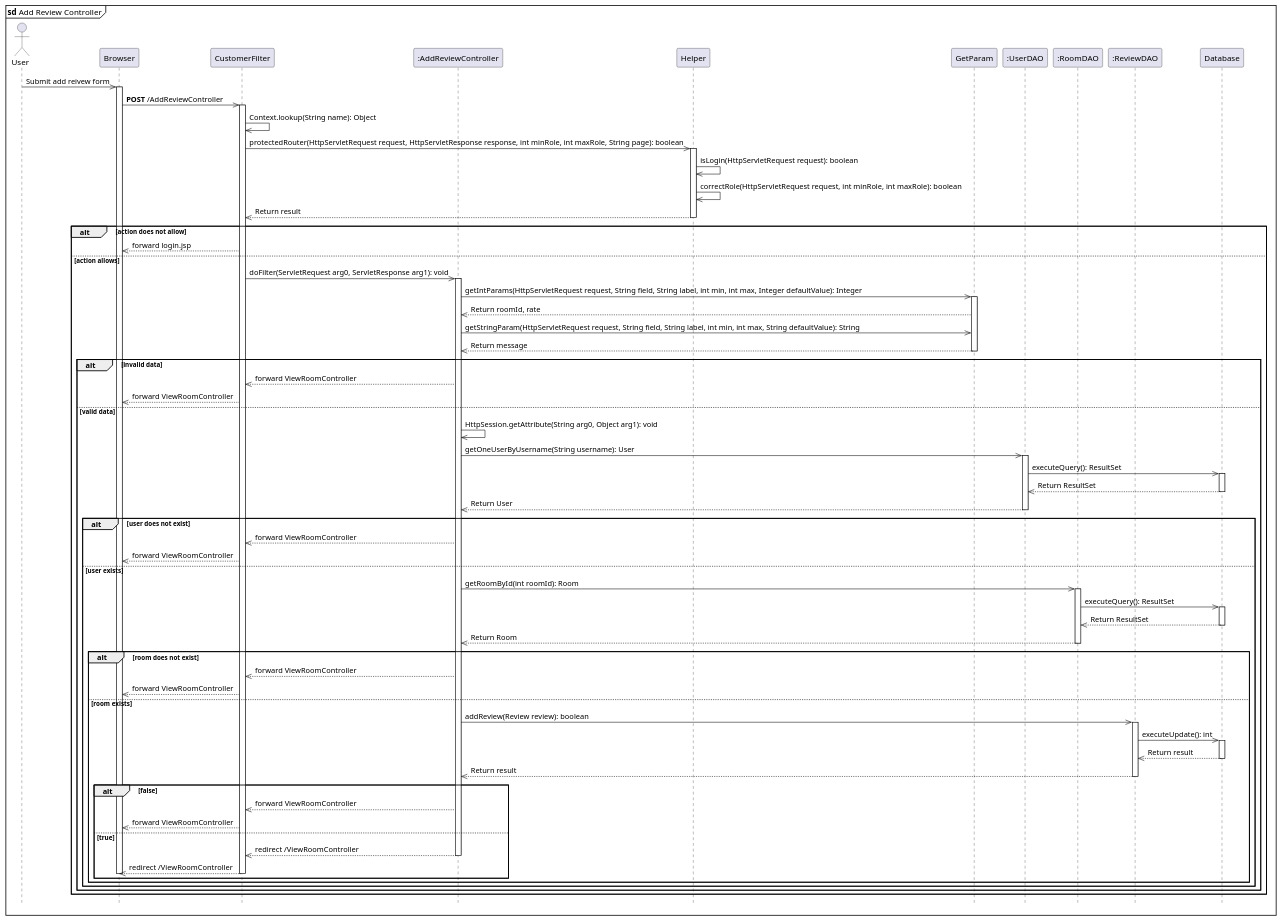
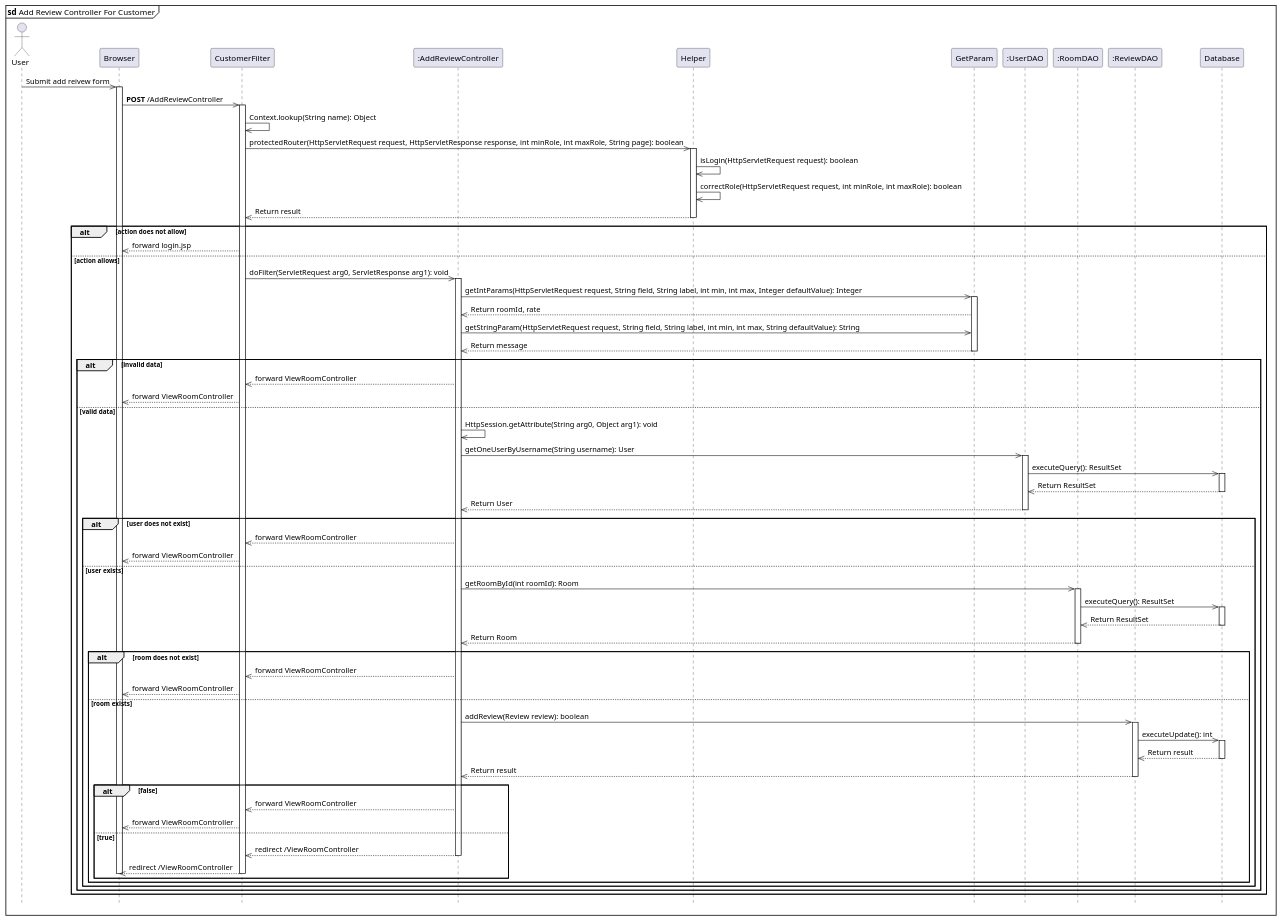
One commit to tantruong2303/booking-hotel changed the diagram in data/addReviewController.puml. Above: the diagram before and after it, drawn with PlantUML. The commit also changed 6 other files, not shown here.

```diff
--- a/data/addReviewController.puml
+++ b/data/addReviewController.puml
@@ -1,96 +1,96 @@
 @startuml addReviewController
-mainframe **sd** Add Review Controller
+mainframe **sd** Add Review Controller For Customer
 hide footbox
 actor User
 participant "Browser" as Browser
 participant "CustomerFilter" as CustomerFilter
 participant ":AddReviewController" as AddReviewController
 participant "Helper" as Helper
 participant "GetParam" as GetParam
 participant ":UserDAO" as UserDAO
 participant ":RoomDAO" as RoomDAO
 participant ":ReviewDAO" as ReviewDAO
 participant "Database" as Database
 
 User ->> Browser: Submit add reivew form
 activate Browser
 Browser ->> CustomerFilter: **POST** /AddReviewController
 activate CustomerFilter
 CustomerFilter ->> CustomerFilter: Context.lookup(String name): Object
 CustomerFilter ->> Helper: protectedRouter(HttpServletRequest request, HttpServletResponse response, int minRole, int maxRole, String page): boolean
 activate Helper
 Helper ->> Helper: isLogin(HttpServletRequest request): boolean
 Helper ->> Helper: correctRole(HttpServletRequest request, int minRole, int maxRole): boolean
 Helper -->> CustomerFilter: Return result
 deactivate Helper
 
 alt action does not allow
     CustomerFilter -->> Browser: forward login.jsp
 
 else action allows
     CustomerFilter ->> AddReviewController: doFilter(ServletRequest arg0, ServletResponse arg1): void
     activate AddReviewController
     AddReviewController ->> GetParam: getIntParams(HttpServletRequest request, String field, String label, int min, int max, Integer defaultValue): Integer
     activate GetParam
     GetParam -->> AddReviewController: Return roomId, rate
     AddReviewController ->> GetParam: getStringParam(HttpServletRequest request, String field, String label, int min, int max, String defaultValue): String
     GetParam -->> AddReviewController: Return message
     deactivate GetParam
     alt invalid data
         AddReviewController -->> CustomerFilter: forward ViewRoomController
         CustomerFilter -->> Browser: forward ViewRoomController
     else valid data
         AddReviewController ->> AddReviewController: HttpSession.getAttribute(String arg0, Object arg1): void
         AddReviewController ->> UserDAO: getOneUserByUsername(String username): User
         activate UserDAO
         UserDAO ->> Database: executeQuery(): ResultSet
         activate Database
         Database -->> UserDAO: Return ResultSet
         deactivate Database
         UserDAO -->> AddReviewController: Return User
         deactivate UserDAO
 
         alt user does not exist
             AddReviewController -->> CustomerFilter: forward ViewRoomController
             CustomerFilter -->> Browser: forward ViewRoomController
         else user exists
             AddReviewController ->> RoomDAO: getRoomById(int roomId): Room
             activate RoomDAO
             RoomDAO ->> Database: executeQuery(): ResultSet
             activate Database
             Database -->> RoomDAO: Return ResultSet
             deactivate Database
             RoomDAO -->> AddReviewController: Return Room
             deactivate RoomDAO
 
             alt room does not exist
                 AddReviewController -->> CustomerFilter: forward ViewRoomController
                 CustomerFilter -->> Browser: forward ViewRoomController
             else room exists
                 AddReviewController ->> ReviewDAO: addReview(Review review): boolean
                 activate ReviewDAO
                 ReviewDAO ->> Database: executeUpdate(): int
                 activate Database
                 Database -->> ReviewDAO: Return result
                 deactivate Database
                 ReviewDAO -->> AddReviewController: Return result
                 deactivate ReviewDAO
 
                 alt false
                     AddReviewController -->> CustomerFilter: forward ViewRoomController
                     CustomerFilter -->> Browser: forward ViewRoomController
         
                 else true
                     AddReviewController -->> CustomerFilter: redirect /ViewRoomController
                     deactivate AddReviewController
                     CustomerFilter -->> Browser: redirect /ViewRoomController
                     deactivate Browser
                     deactivate CustomerFilter
                 end
             end
         end
     end
 end
 
 
 @enduml
```
